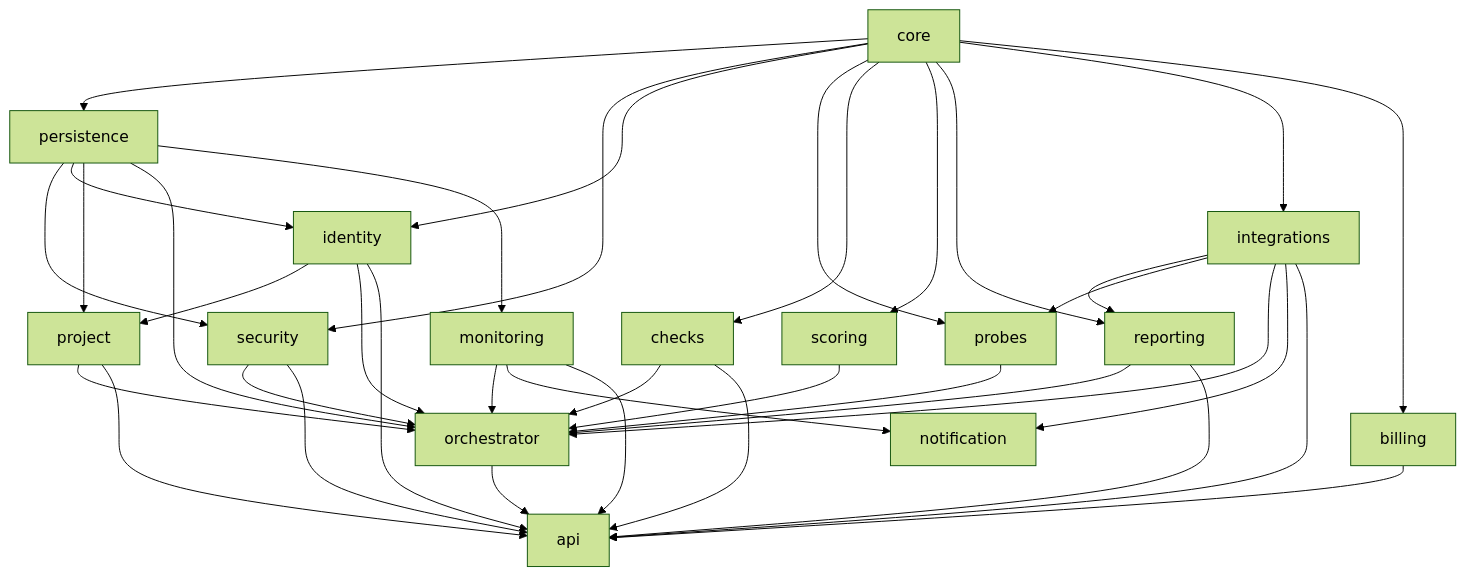
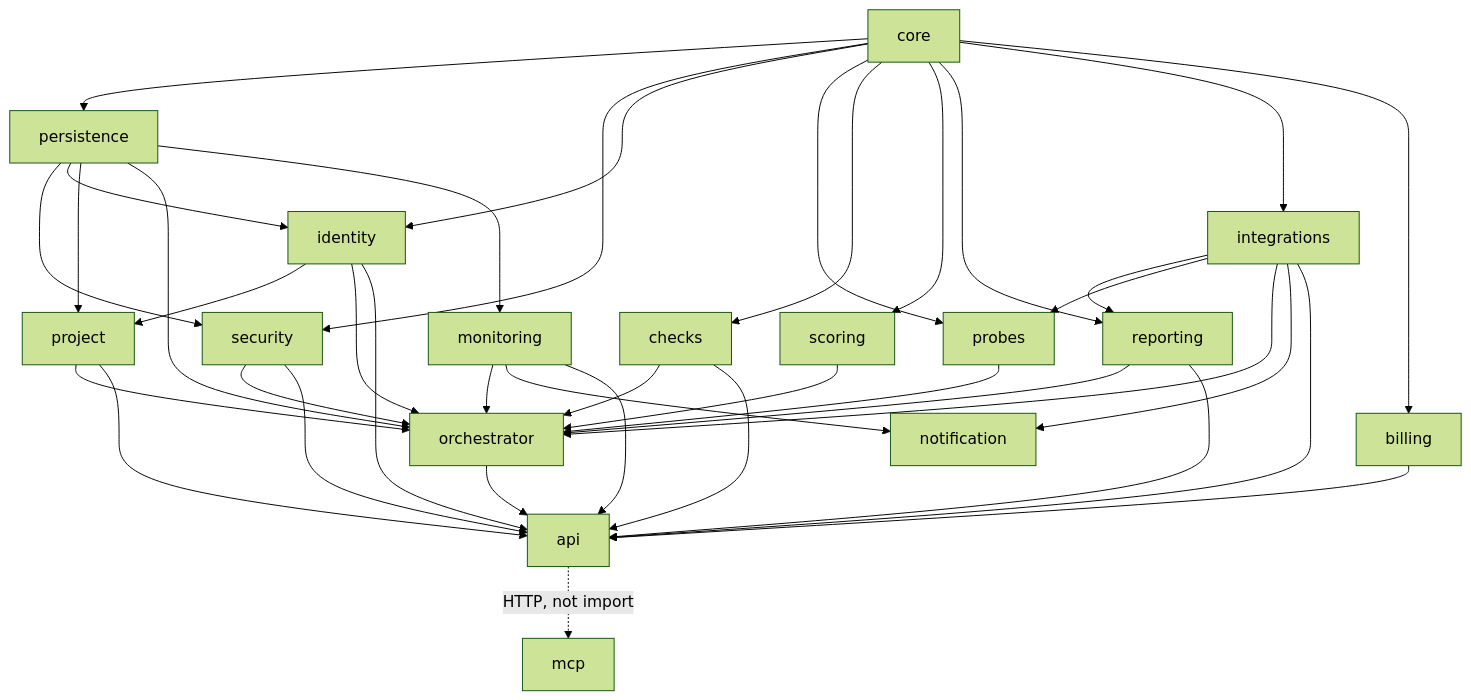
One commit to xsmartbartx/Viglio changed the first of 2 diagrams in docs/modules.md. Above: the diagram before and after it, drawn with Mermaid (forest theme). The commit also changed 2 other files, not shown here.

Commit message:
Add CI job for Docker image builds and create self-hosting documentation

````diff
--- a/docs/modules.md
+++ b/docs/modules.md
@@ -18,56 +18,58 @@
 ```mermaid
 flowchart TD
     CORE[core]
     PERSIST[persistence]
     SEC[security]
     IDENTITY[identity]
     PROJECT[project]
     PROBES[probes]
     CHECKS[checks]
     SCORING[scoring]
     REPORTING[reporting]
     INTEG[integrations]
     ORCH[orchestrator]
     MONITOR[monitoring]
     NOTIFY[notification]
     BILLING[billing]
     API[api]
+    MCP[mcp]
 
     CORE --> PERSIST
     CORE --> SEC
     CORE --> IDENTITY
     CORE --> PROBES
     CORE --> CHECKS
     CORE --> SCORING
     CORE --> REPORTING
     CORE --> INTEG
     INTEG --> REPORTING
     PERSIST --> SEC
     PERSIST --> IDENTITY
     PERSIST --> PROJECT
     PERSIST --> ORCH
     IDENTITY --> PROJECT
     IDENTITY --> ORCH
     PROJECT --> ORCH
     SEC --> ORCH
     PROBES --> ORCH
     CHECKS --> ORCH
     SCORING --> ORCH
     REPORTING --> ORCH
     INTEG --> PROBES
     INTEG --> ORCH
     ORCH --> API
     SEC --> API
     IDENTITY --> API
     PROJECT --> API
     CHECKS --> API
     REPORTING --> API
     PERSIST --> MONITOR
     MONITOR --> ORCH
     MONITOR --> NOTIFY
     MONITOR --> API
     INTEG --> NOTIFY
     CORE --> BILLING
     BILLING --> API
     INTEG --> API
+    API -.->|HTTP, not import| MCP
 ```
````
